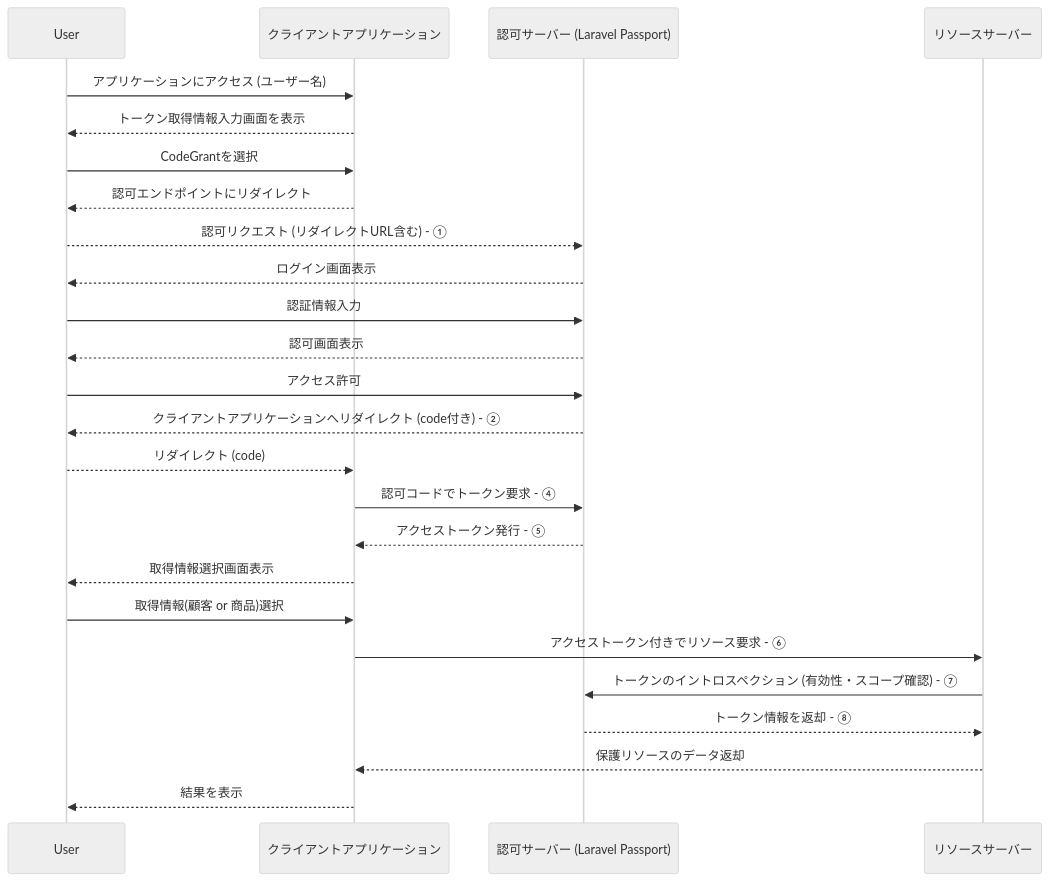
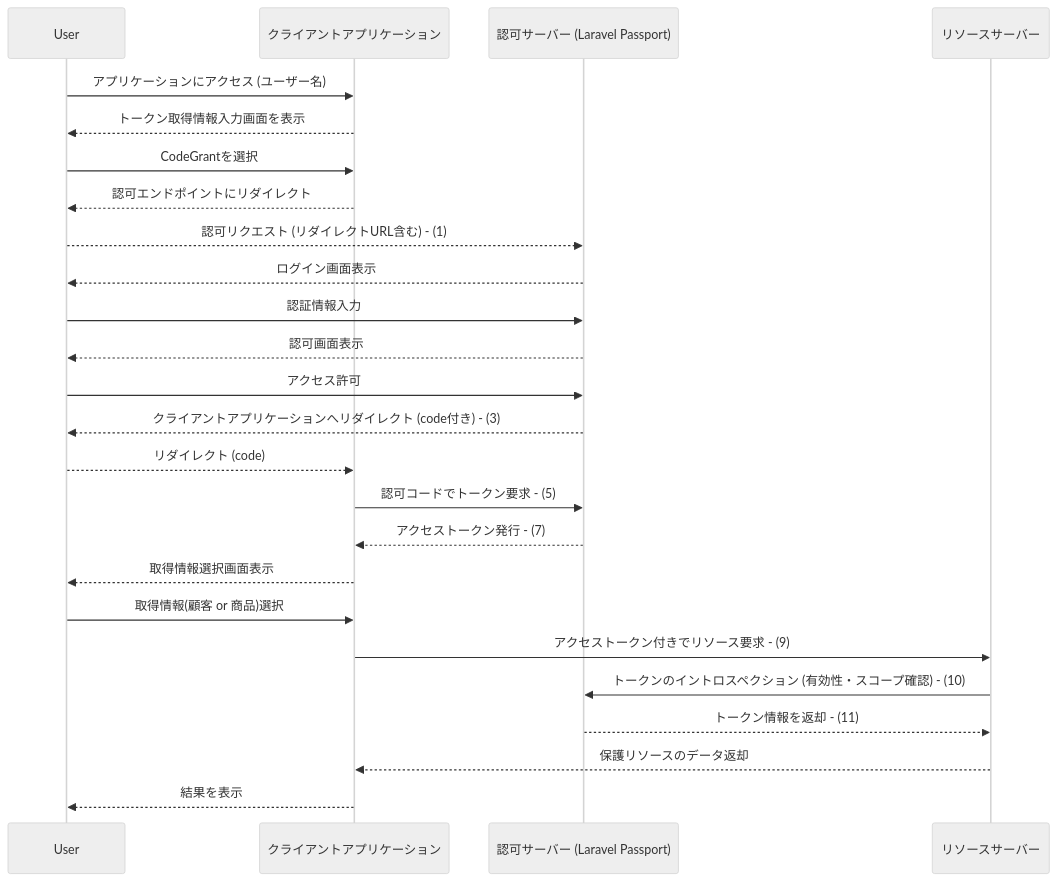
The second of 3 diagrams in README.md (KawataniShinya/laravel-oauth), drawn with Mermaid (neutral theme) before and after one commit. The commit also changed other lines of this file, not shown here.

````diff
--- a/README.md
+++ b/README.md
@@ -91,39 +90,39 @@
 ```mermaid
 sequenceDiagram
   participant User
   participant ClientApp as クライアントアプリケーション
   participant AuthServer as 認可サーバー (Laravel Passport)
   participant ResourceServer as リソースサーバー
 
 %% Step 1: Authorization Request
   User->>ClientApp: アプリケーションにアクセス (ユーザー名)
   ClientApp-->>User: トークン取得情報入力画面を表示
   User->>ClientApp: CodeGrantを選択
   ClientApp-->>User: 認可エンドポイントにリダイレクト
-  User-->>AuthServer: 認可リクエスト (リダイレクトURL含む) - ①
+  User-->>AuthServer: 認可リクエスト (リダイレクトURL含む) - (1)
 
 %% Step 2: Authentication and Authorization
   AuthServer-->>User: ログイン画面表示
   User->>AuthServer: 認証情報入力
   AuthServer-->>User: 認可画面表示
   User->>AuthServer: アクセス許可
 
 %% Step 3: Redirect with Code
-  AuthServer-->>User: クライアントアプリケーションへリダイレクト (code付き) - ②
+  AuthServer-->>User: クライアントアプリケーションへリダイレクト (code付き) - (3)
   User-->>ClientApp: リダイレクト (code)
 
 %% Step 4: Token Exchange
-  ClientApp->>AuthServer: 認可コードでトークン要求 - ④
-  AuthServer-->>ClientApp: アクセストークン発行 - ⑤
+  ClientApp->>AuthServer: 認可コードでトークン要求 - (5)
+  AuthServer-->>ClientApp: アクセストークン発行 - (7)
 
 %% Step 5: Access Protected Resource
   ClientApp-->>User: 取得情報選択画面表示
   User->>ClientApp: 取得情報(顧客 or 商品)選択
-  ClientApp->>ResourceServer: アクセストークン付きでリソース要求 - ⑥
-  ResourceServer->>AuthServer: トークンのイントロスペクション (有効性・スコープ確認) - ⑦
-  AuthServer-->>ResourceServer: トークン情報を返却 - ⑧
+  ClientApp->>ResourceServer: アクセストークン付きでリソース要求 - (9)
+  ResourceServer->>AuthServer: トークンのイントロスペクション (有効性・スコープ確認) - (10)
+  AuthServer-->>ResourceServer: トークン情報を返却 - (11)
 
 %% Step 6: Response
   ResourceServer-->>ClientApp: 保護リソースのデータ返却
   ClientApp-->>User: 結果を表示
 ```
````
